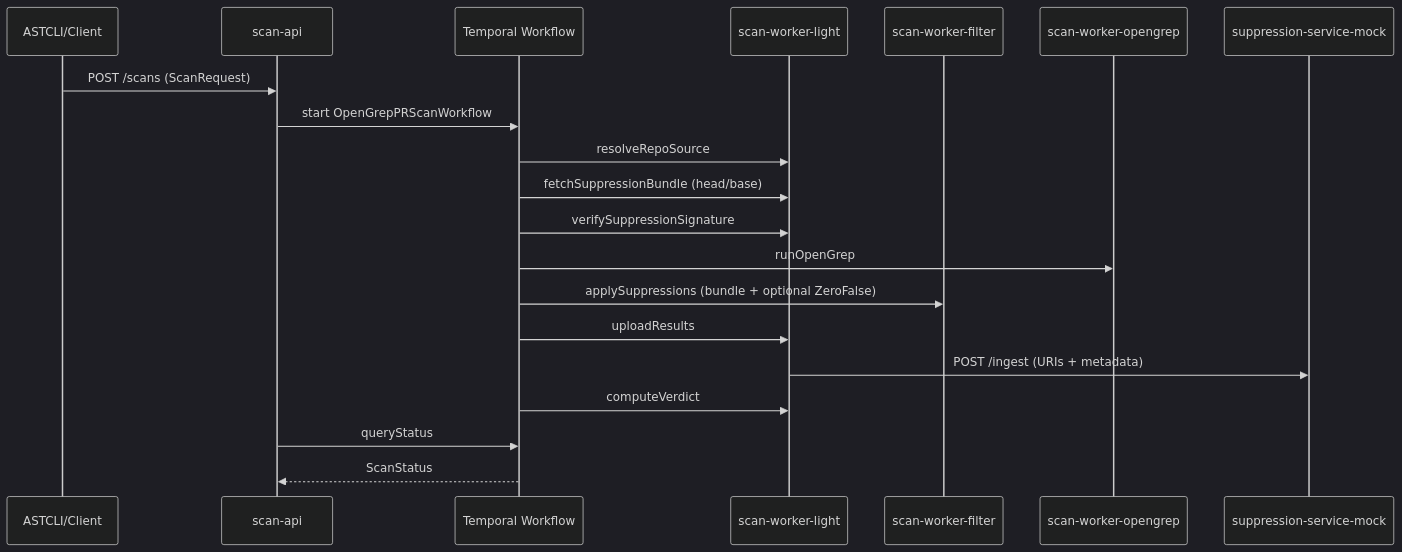
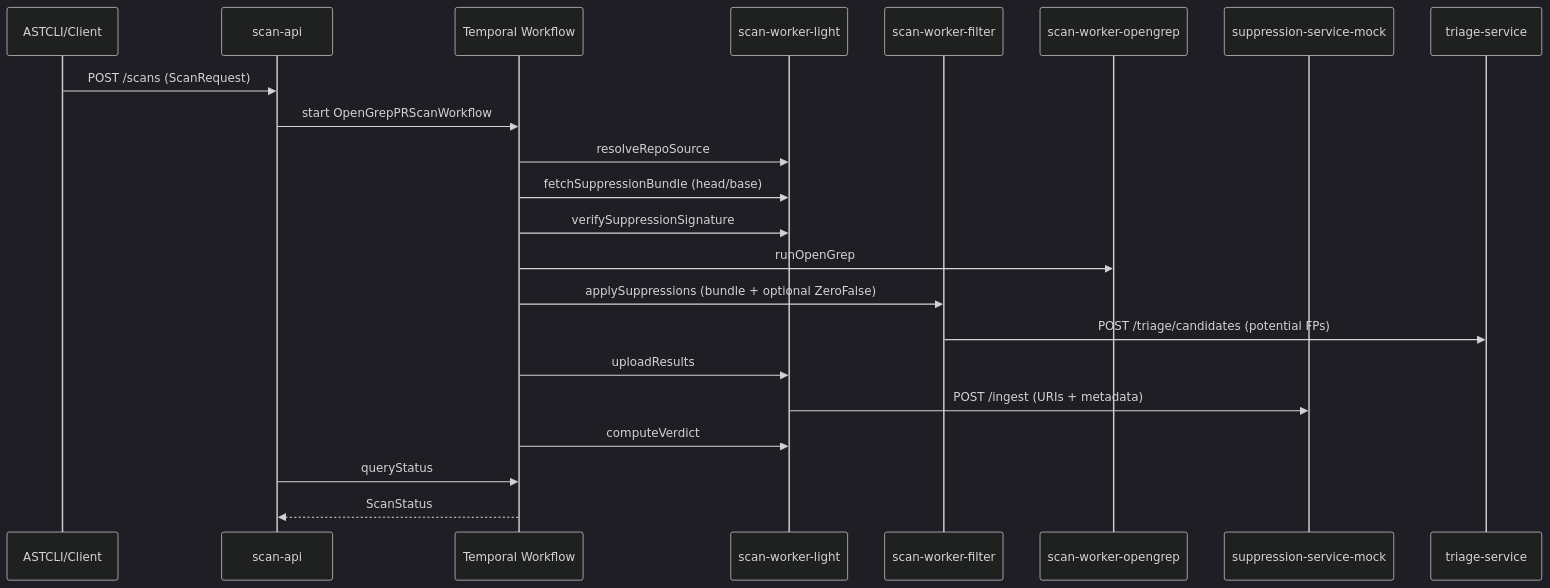
The diagram in docs/architecture.md (hoggmania/AutoTriage), drawn with Mermaid (dark theme) before and after one commit. The commit also changed other lines of this file and 59 other files, not shown here.

Commit message:
Added Manual Triage so Security people can approve/deny the potential FPs

````diff
--- a/docs/architecture.md
+++ b/docs/architecture.md
@@ -16,23 +17,25 @@
 ```mermaid
 sequenceDiagram
     participant Client as ASTCLI/Client
     participant API as scan-api
     participant WF as Temporal Workflow
     participant Light as scan-worker-light
     participant Filter as scan-worker-filter
     participant OpenGrep as scan-worker-opengrep
     participant Suppression as suppression-service-mock
+    participant Triage as triage-service
 
     Client->>API: POST /scans (ScanRequest)
     API->>WF: start OpenGrepPRScanWorkflow
     WF->>Light: resolveRepoSource
     WF->>Light: fetchSuppressionBundle (head/base)
     WF->>Light: verifySuppressionSignature
     WF->>OpenGrep: runOpenGrep
     WF->>Filter: applySuppressions (bundle + optional ZeroFalse)
+    Filter->>Triage: POST /triage/candidates (potential FPs)
     WF->>Light: uploadResults
     Light->>Suppression: POST /ingest (URIs + metadata)
     WF->>Light: computeVerdict
     API->>WF: queryStatus
     WF-->>API: ScanStatus
 ```
````
